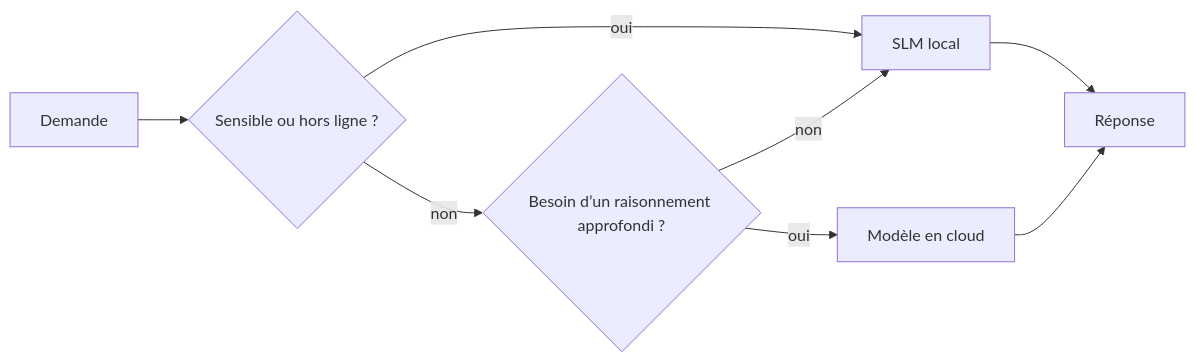
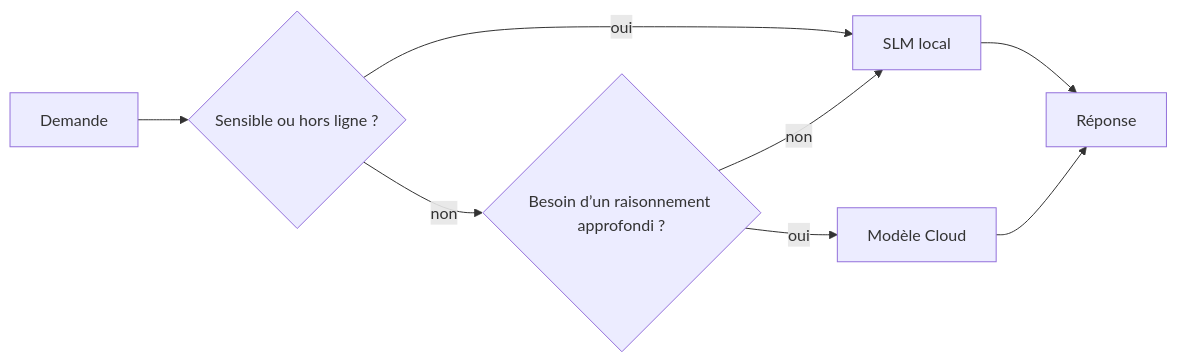
The fourth of 4 diagrams in translations/fr/17-creating-local-ai-agents/README.md (microsoft/ai-agents-for-beginners), drawn with Mermaid before and after one commit. The commit also changed other lines of this file and 47 other files, not shown here.

````diff
--- a/translations/fr/17-creating-local-ai-agents/README.md
+++ b/translations/fr/17-creating-local-ai-agents/README.md
@@ -156,10 +156,10 @@
 ```mermaid
 flowchart LR
     Q[Demande] --> S{Sensible ou hors ligne ?}
     S -->|oui| L[SLM local]
     S -->|non| C{Besoin d’un raisonnement approfondi ?}
     C -->|non| L
-    C -->|oui| Cloud[Modèle en cloud]
+    C -->|oui| Cloud[Modèle Cloud]
     L --> Out[Réponse]
     Cloud --> Out
 ```
````
